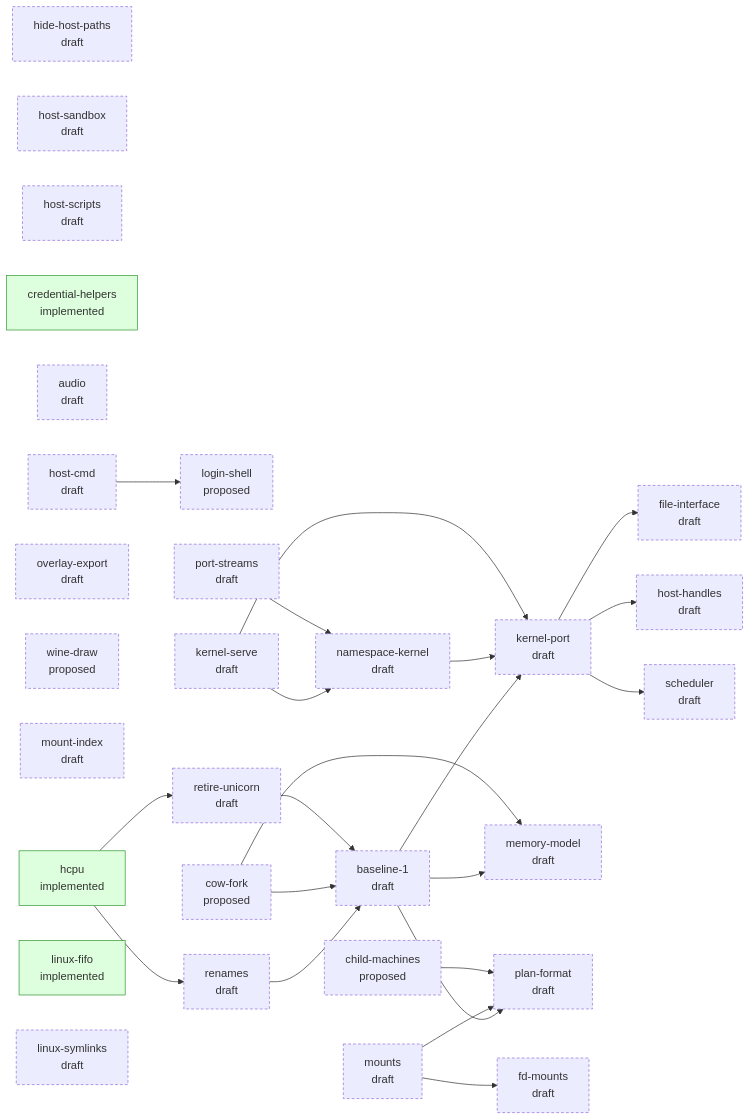
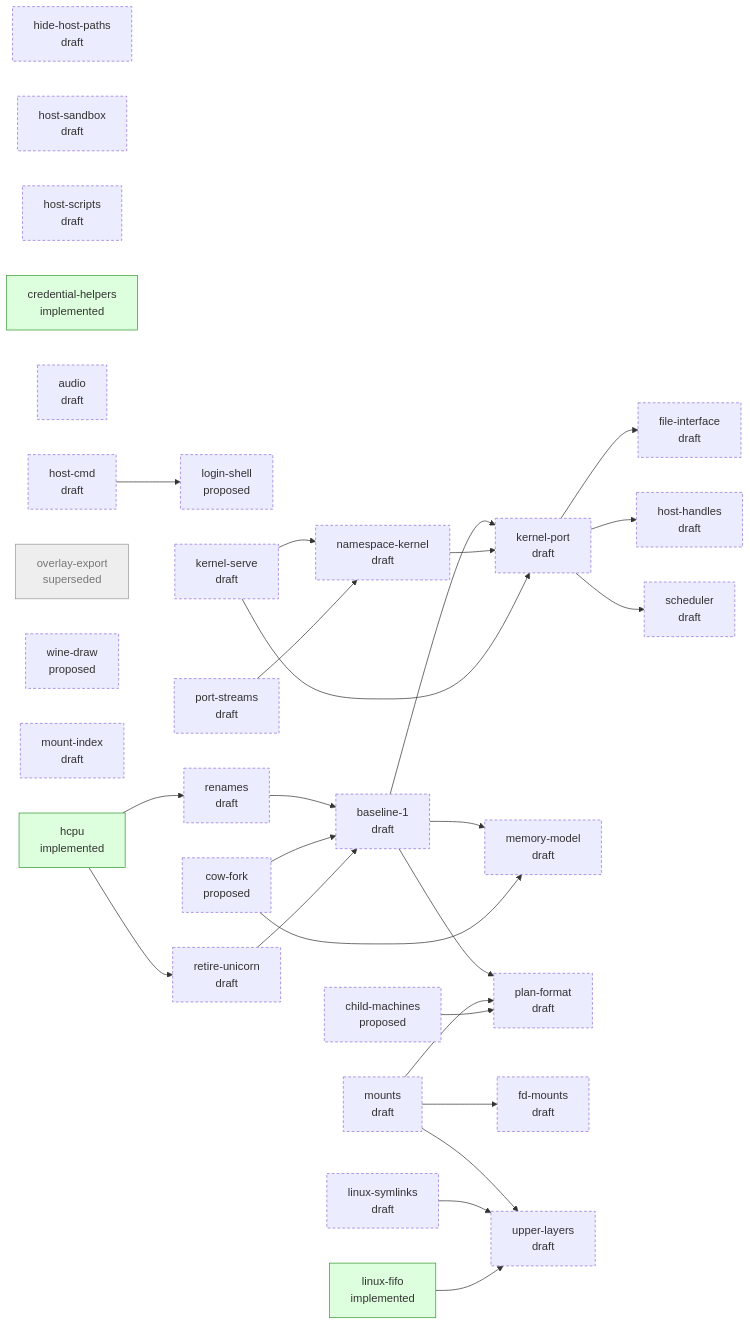
Before and after one commit to progrium/hyper9: the diagram in design/STATUS.md, drawn with Mermaid. The commit also changed other lines of this file, not shown here.

Commit message:
design: regenerate STATUS.md

````diff
--- a/design/STATUS.md
+++ b/design/STATUS.md
@@ -39,56 +40,60 @@
 ```mermaid
 flowchart LR
   classDef draft stroke-dasharray: 4 3
   classDef accepted stroke-width: 2px
   classDef implemented fill:#dfd,stroke:#393
   classDef closed fill:#eee,stroke:#999,color:#777
   p_hide_host_paths["hide-host-paths<br/>draft"]:::draft
   p_host_sandbox["host-sandbox<br/>draft"]:::draft
   p_host_scripts["host-scripts<br/>draft"]:::draft
   p_credential_helpers["credential-helpers<br/>implemented"]:::implemented
   p_audio["audio<br/>draft"]:::draft
   p_host_cmd["host-cmd<br/>draft"]:::draft
-  p_overlay_export["overlay-export<br/>draft"]:::draft
+  p_overlay_export["overlay-export<br/>superseded"]:::closed
   p_login_shell["login-shell<br/>proposed"]:::draft
   p_child_machines["child-machines<br/>proposed"]:::draft
   p_cow_fork["cow-fork<br/>proposed"]:::draft
   p_wine_draw["wine-draw<br/>proposed"]:::draft
   p_mount_index["mount-index<br/>draft"]:::draft
   p_hcpu["hcpu<br/>implemented"]:::implemented
   p_kernel_serve["kernel-serve<br/>draft"]:::draft
   p_namespace_kernel["namespace-kernel<br/>draft"]:::draft
   p_port_streams["port-streams<br/>draft"]:::draft
   p_linux_fifo["linux-fifo<br/>implemented"]:::implemented
   p_mounts["mounts<br/>draft"]:::draft
   p_baseline_1["baseline-1<br/>draft"]:::draft
   p_file_interface["file-interface<br/>draft"]:::draft
   p_host_handles["host-handles<br/>draft"]:::draft
   p_kernel_port["kernel-port<br/>draft"]:::draft
   p_linux_symlinks["linux-symlinks<br/>draft"]:::draft
   p_memory_model["memory-model<br/>draft"]:::draft
   p_plan_format["plan-format<br/>draft"]:::draft
   p_renames["renames<br/>draft"]:::draft
   p_retire_unicorn["retire-unicorn<br/>draft"]:::draft
   p_scheduler["scheduler<br/>draft"]:::draft
   p_fd_mounts["fd-mounts<br/>draft"]:::draft
+  p_upper_layers["upper-layers<br/>draft"]:::draft
   p_host_cmd --> p_login_shell
   p_kernel_serve --> p_namespace_kernel
   p_port_streams --> p_namespace_kernel
   p_renames --> p_baseline_1
   p_cow_fork --> p_baseline_1
   p_retire_unicorn --> p_baseline_1
   p_kernel_port --> p_file_interface
   p_kernel_port --> p_host_handles
   p_baseline_1 --> p_kernel_port
   p_namespace_kernel --> p_kernel_port
   p_kernel_serve --> p_kernel_port
   p_baseline_1 --> p_memory_model
   p_cow_fork --> p_memory_model
   p_baseline_1 --> p_plan_format
   p_mounts --> p_plan_format
   p_child_machines --> p_plan_format
   p_hcpu --> p_renames
   p_hcpu --> p_retire_unicorn
   p_kernel_port --> p_scheduler
   p_mounts --> p_fd_mounts
+  p_mounts --> p_upper_layers
+  p_linux_symlinks --> p_upper_layers
+  p_linux_fifo --> p_upper_layers
 ```
````
